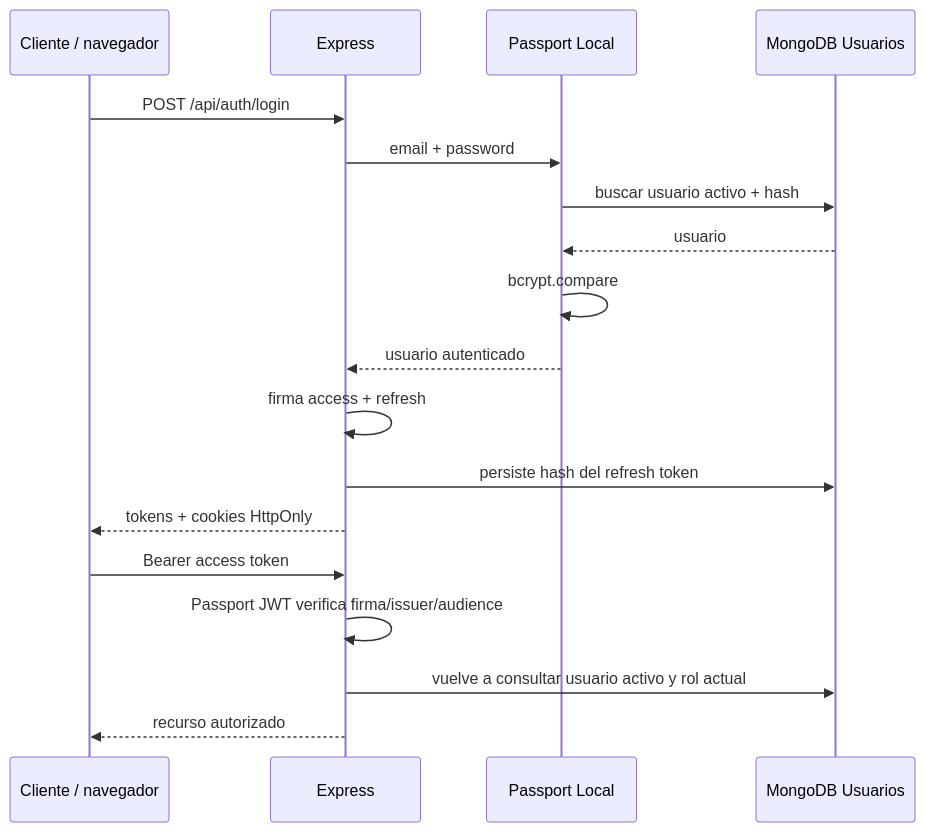
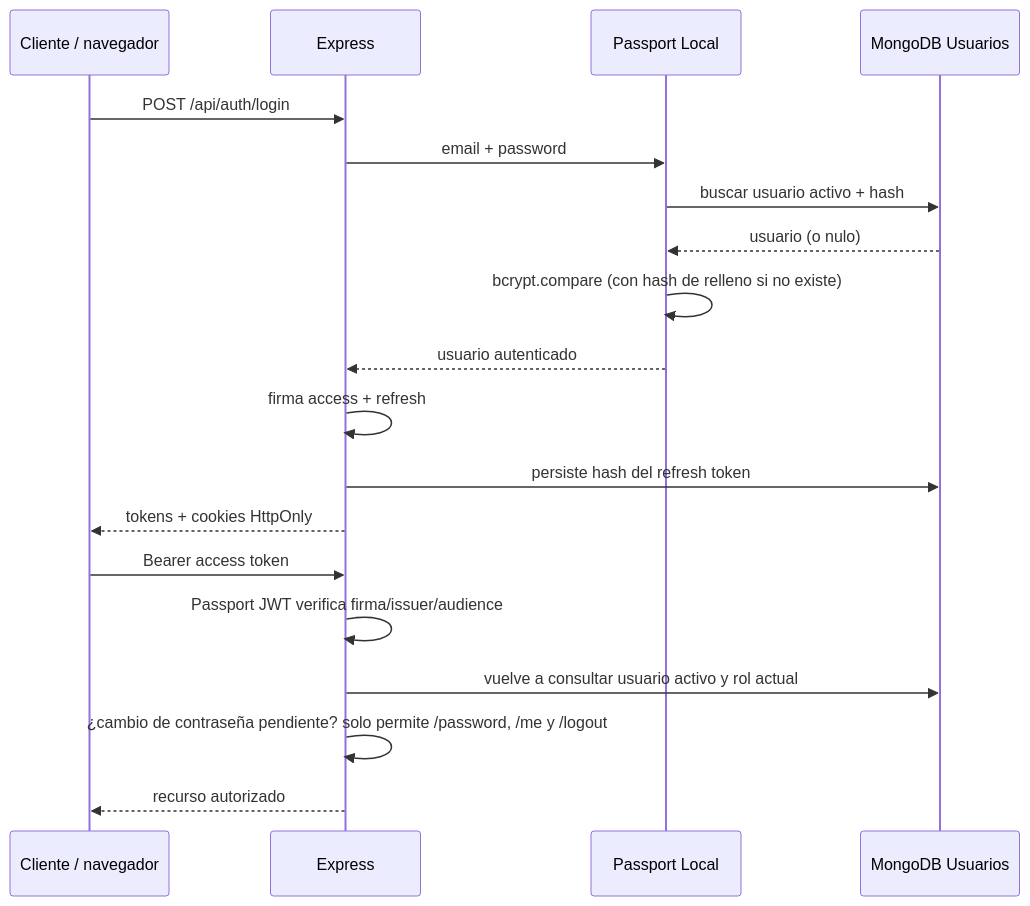
The third of 4 diagrams in docs/ARCHITECTURE.md (ivanshifman/TP-BACKEND-SUMAR_IMPACTO), drawn with Mermaid before and after one commit. The commit also changed other lines of this file and 93 other files, not shown here.

````diff
--- a/docs/ARCHITECTURE.md
+++ b/docs/ARCHITECTURE.md
@@ -34,20 +79,21 @@
 ```mermaid
 sequenceDiagram
   participant C as Cliente / navegador
   participant E as Express
   participant P as Passport Local
   participant U as MongoDB Usuarios
   C->>E: POST /api/auth/login
   E->>P: email + password
   P->>U: buscar usuario activo + hash
-  U-->>P: usuario
-  P->>P: bcrypt.compare
+  U-->>P: usuario (o nulo)
+  P->>P: bcrypt.compare (con hash de relleno si no existe)
   P-->>E: usuario autenticado
   E->>E: firma access + refresh
   E->>U: persiste hash del refresh token
   E-->>C: tokens + cookies HttpOnly
   C->>E: Bearer access token
   E->>E: Passport JWT verifica firma/issuer/audience
   E->>U: vuelve a consultar usuario activo y rol actual
+  E->>E: ¿cambio de contraseña pendiente? solo permite /password, /me y /logout
   E-->>C: recurso autorizado
 ```
````
